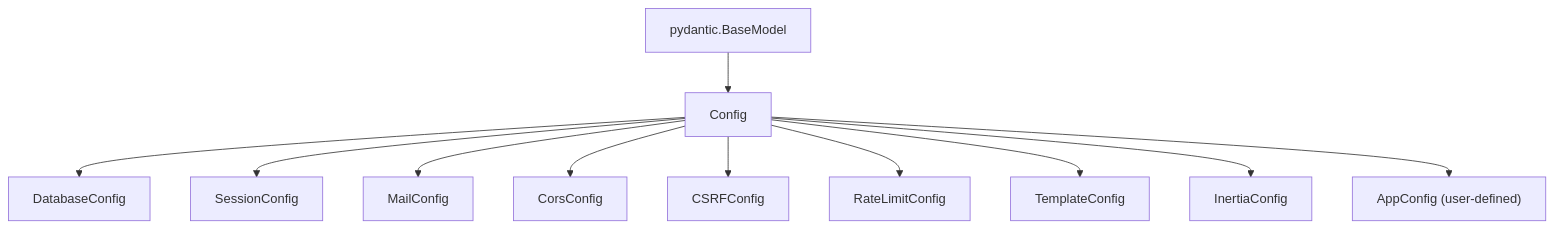
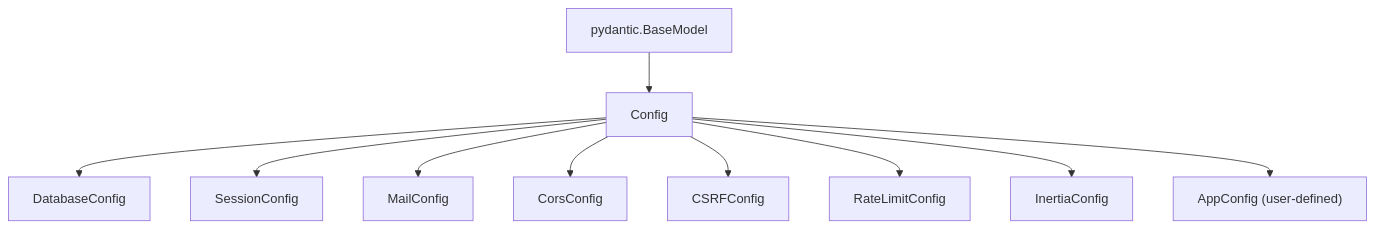
The diagram in docs/docs/src/content/docs/v1.0/advanced/configuration.md (sillohq/core), drawn with Mermaid before and after one commit. The commit also changed other lines of this file and 94 other files, not shown here.

````diff
--- a/docs/docs/src/content/docs/v1.0/advanced/configuration.md
+++ b/docs/docs/src/content/docs/v1.0/advanced/configuration.md
@@ -781,13 +714,12 @@
 ```mermaid
 graph TD
     BM["pydantic.BaseModel"] --> CFG["Config"]
     CFG --> DBC["DatabaseConfig"]
     CFG --> SC["SessionConfig"]
     CFG --> MC["MailConfig"]
     CFG --> CC["CorsConfig"]
     CFG --> CSRF["CSRFConfig"]
     CFG --> RLC["RateLimitConfig"]
-    CFG --> TC["TemplateConfig"]
     CFG --> IC["InertiaConfig"]
     CFG --> APP_CFG["AppConfig (user-defined)"]
 ```
````
